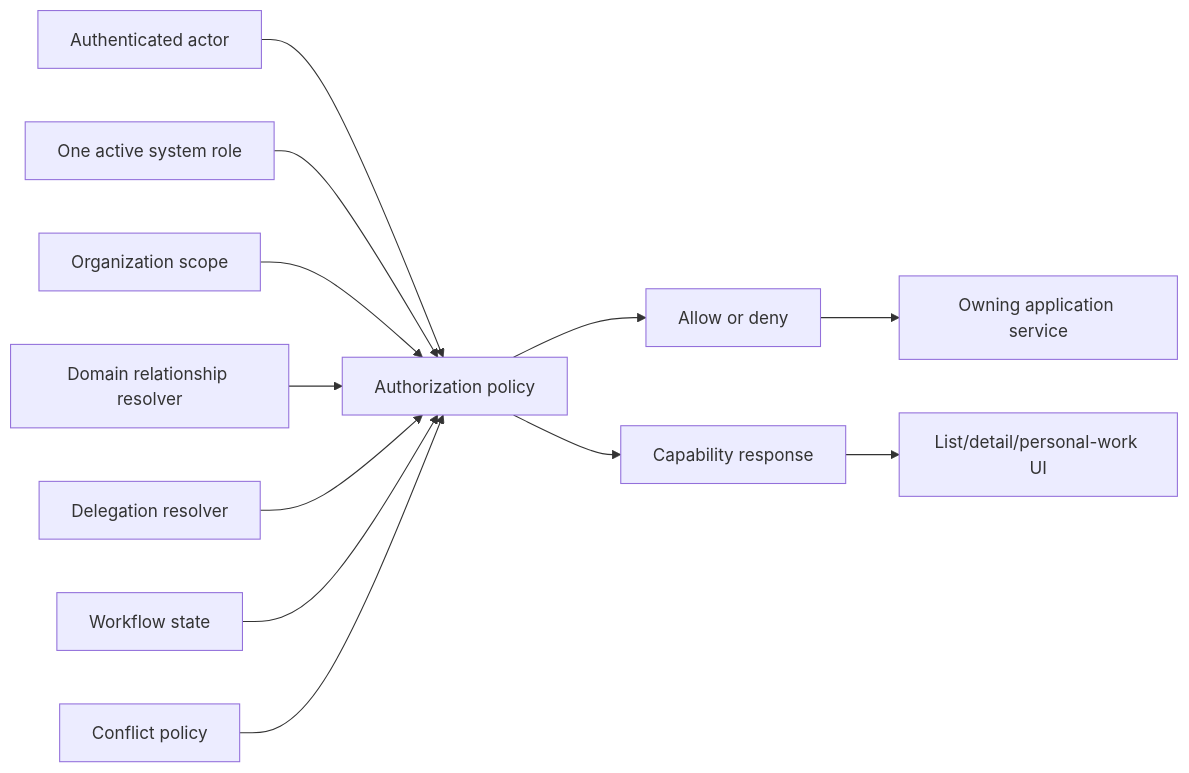
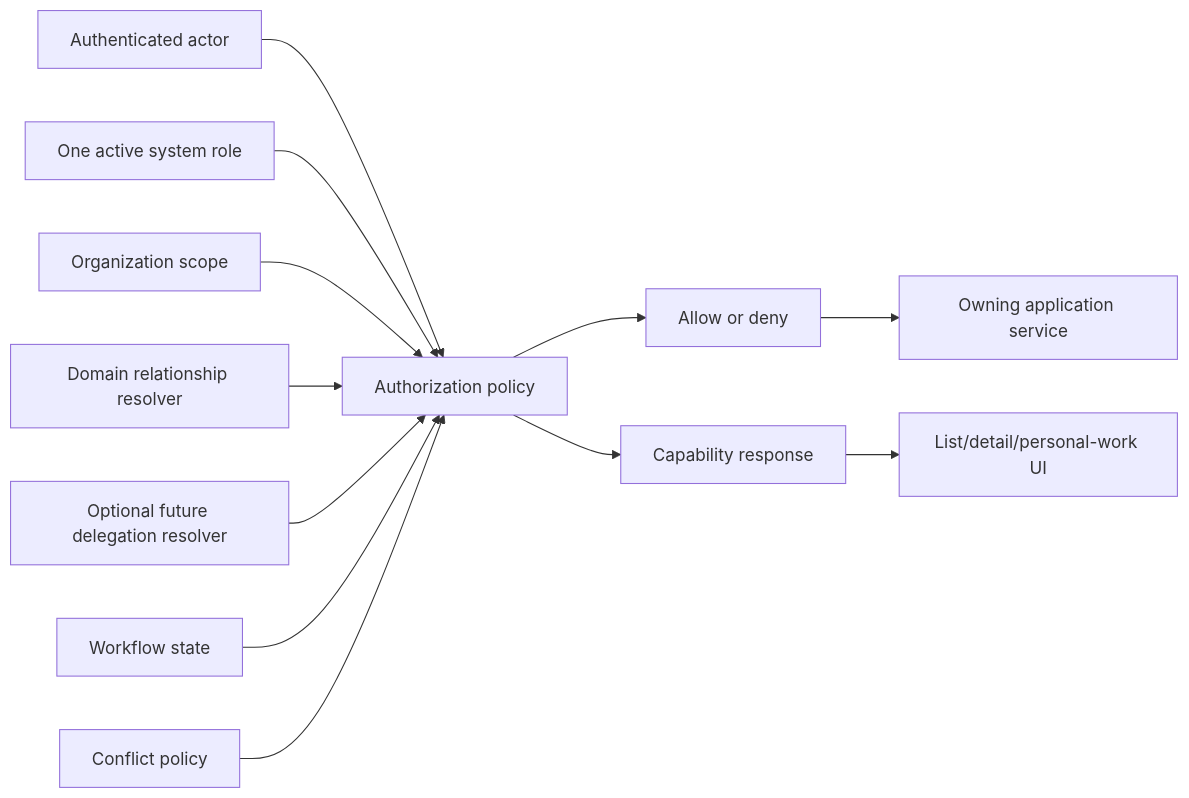
The diagram in _bmad-output/planning-artifacts/architecture/architecture-DocManSystem-2026-07-29/ARCHITECTURE-SPINE.md (thanhdotien278/DocManS), drawn with Mermaid before and after one commit. The commit also changed other lines of this file and 66 other files, not shown here.

````diff
--- a/_bmad-output/planning-artifacts/architecture/architecture-DocManSystem-2026-07-29/ARCHITECTURE-SPINE.md
+++ b/_bmad-output/planning-artifacts/architecture/architecture-DocManSystem-2026-07-29/ARCHITECTURE-SPINE.md
@@ -47,14 +47,14 @@
 ```mermaid
 flowchart LR
   Actor["Authenticated actor"] --> Policy["Authorization policy"]
   Role["One active system role"] --> Policy
   Scope["Organization scope"] --> Policy
   Domain["Domain relationship resolver"] --> Policy
-  Delegation["Delegation resolver"] --> Policy
+  Delegation["Optional future delegation resolver"] --> Policy
   State["Workflow state"] --> Policy
   Conflict["Conflict policy"] --> Policy
   Policy --> Decision["Allow or deny"]
   Policy --> Capability["Capability response"]
   Decision --> Service["Owning application service"]
   Capability --> UI["List/detail/personal-work UI"]
 ```
````
